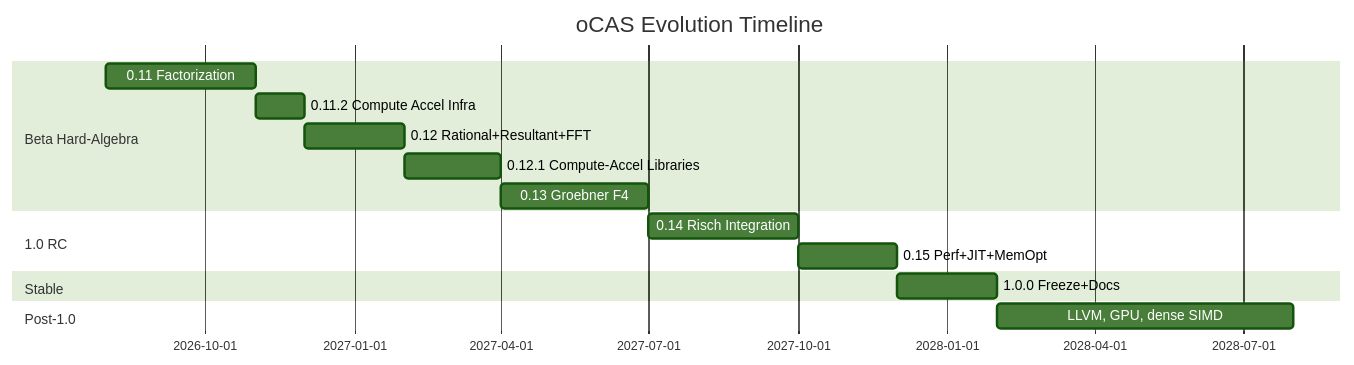
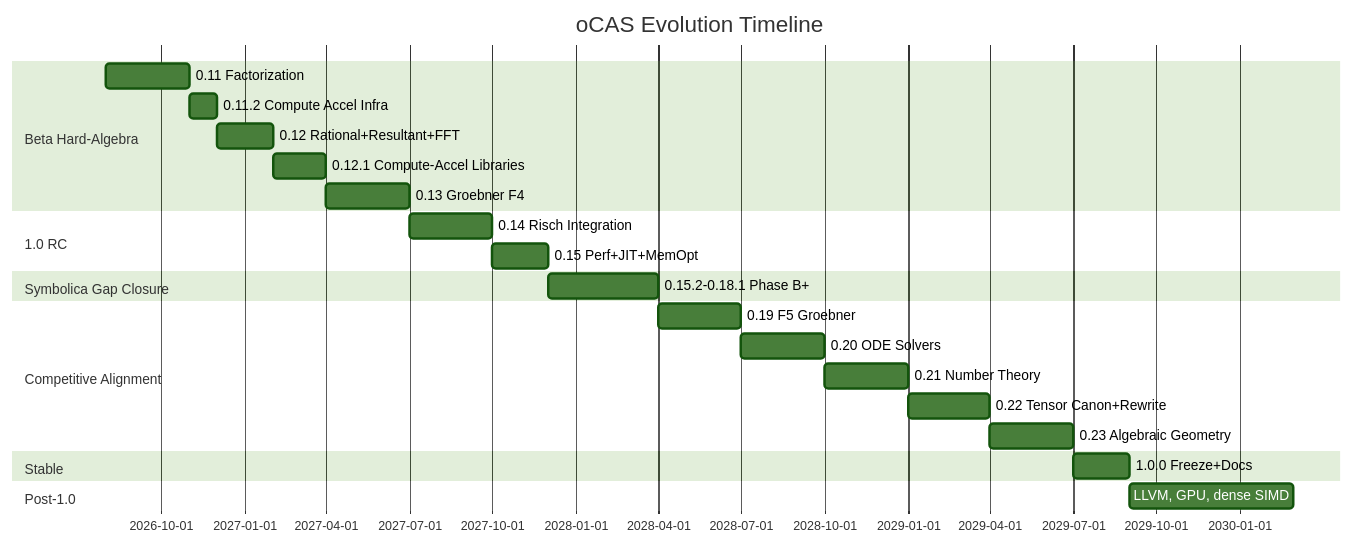
Before and after one commit to Charleshzh/oCAS: the diagram in docs/planning/EVOLUTION_PLAN_EN.md, drawn with Mermaid (forest theme). The commit also changed other lines of this file and 5 other files, not shown here.

First line of the commit message:
docs(planning): re-evaluate gaps and plan Phase B++ competitive alignment (0.19-0.23)

````diff
--- a/docs/planning/EVOLUTION_PLAN_EN.md
+++ b/docs/planning/EVOLUTION_PLAN_EN.md
@@ -34,18 +34,26 @@
 ```mermaid
 gantt
     title oCAS Evolution Timeline
     dateFormat YYYY-MM
     section Beta Hard-Algebra
     0.11 Factorization        :b11, 2026-08, 3M
     0.11.2 Compute Accel Infra :b112, after b11, 1M
     0.12 Rational+Resultant+FFT :b12, after b112, 2M
     0.12.1 Compute-Accel Libraries :b121, after b12, 2M
     0.13 Groebner F4          :b13, after b121, 3M
     section 1.0 RC
     0.14 Risch Integration    :r14, after b13, 3M
     0.15 Perf+JIT+MemOpt      :r15, after r14, 2M
+    section Symbolica Gap Closure
+    0.15.2-0.18.1 Phase B+    :bp, after r15, 4M
+    section Competitive Alignment
+    0.19 F5 Groebner          :c19, after bp, 3M
+    0.20 ODE Solvers          :c20, after c19, 3M
+    0.21 Number Theory        :c21, after c20, 3M
+    0.22 Tensor Canon+Rewrite :c22, after c21, 3M
+    0.23 Algebraic Geometry   :c23, after c22, 3M
     section Stable
-    1.0.0 Freeze+Docs         :s10, after r15, 2M
+    1.0.0 Freeze+Docs         :s10, after c23, 2M
     section Post-1.0
     LLVM, GPU, dense SIMD     :p1, after s10, 6M
 ```
````
